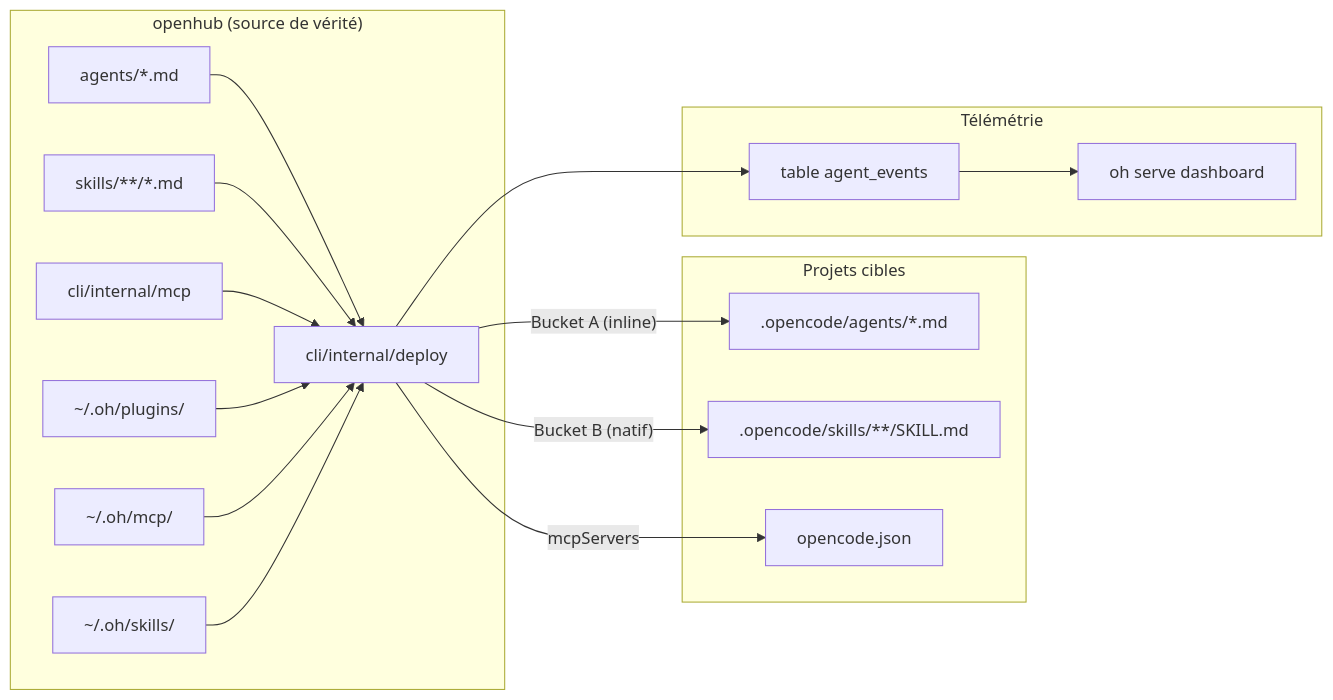
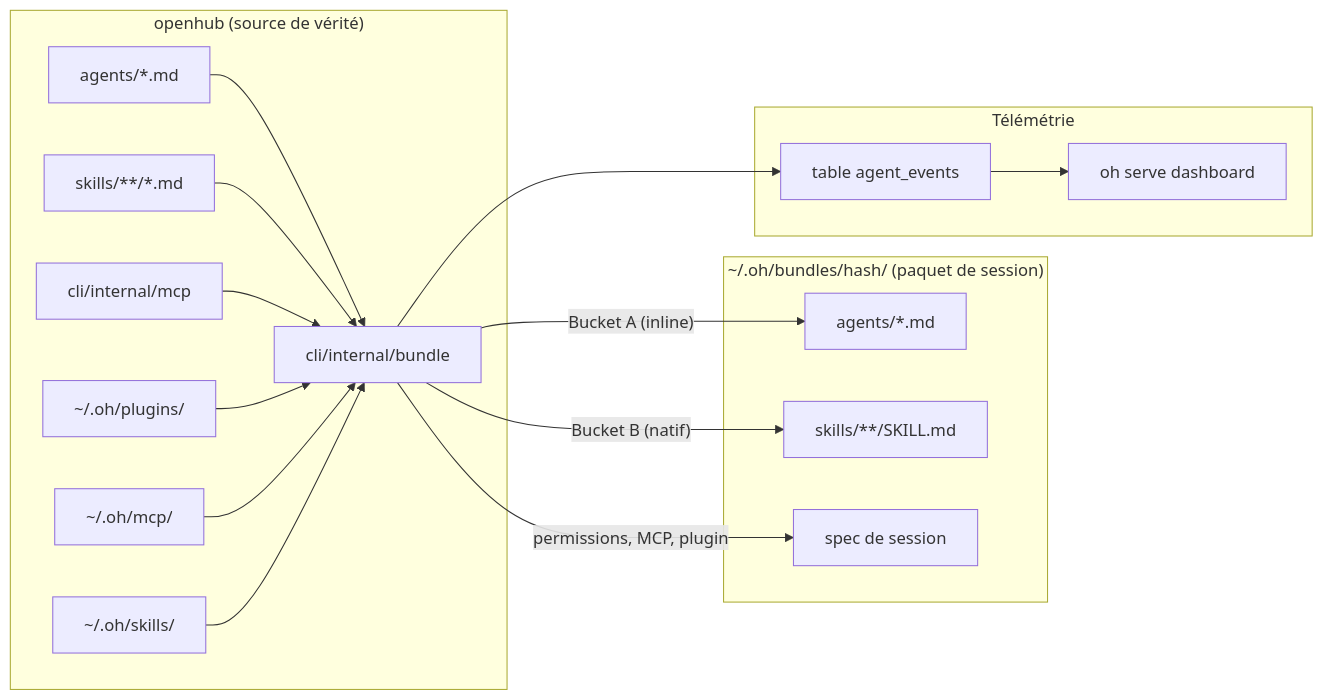
One commit to datichb/openhub changed the second of 4 diagrams in docs/architecture/overview.fr.md. Above: the diagram before and after it, drawn with Mermaid. The commit also changed other lines of this file and 92 other files, not shown here.

````diff
--- a/docs/architecture/overview.fr.md
+++ b/docs/architecture/overview.fr.md
@@ -172,22 +175,22 @@
 ```mermaid
 flowchart LR
     subgraph HUB["openhub (source de vérité)"]
-        A[agents/*.md] --> DEP[cli/internal/deploy]
+        A[agents/*.md] --> DEP[cli/internal/bundle]
         S[skills/**/*.md] --> DEP
         MCP[cli/internal/mcp] --> DEP
         PLG[~/.oh/plugins/] --> DEP
         MCPREG[~/.oh/mcp/] --> DEP
         SKM[~/.oh/skills/] --> DEP
     end
 
-    subgraph PROJETS["Projets cibles"]
-        DEP -->|"Bucket A (inline)"| P1[".opencode/agents/*.md"]
-        DEP -->|"Bucket B (natif)"| P2[".opencode/skills/**/SKILL.md"]
-        DEP -->|"mcpServers"| P3["opencode.json"]
+    subgraph PAQUET["~/.oh/bundles/hash/ (paquet de session)"]
+        DEP -->|"Bucket A (inline)"| P1["agents/*.md"]
+        DEP -->|"Bucket B (natif)"| P2["skills/**/SKILL.md"]
+        DEP -->|"permissions, MCP, plugin"| P3["spec de session"]
     end
 
     subgraph TELEMETRIE["Télémétrie"]
         DEP --> EVT[table agent_events]
         EVT --> DASH[oh serve dashboard]
     end
 ```
````
